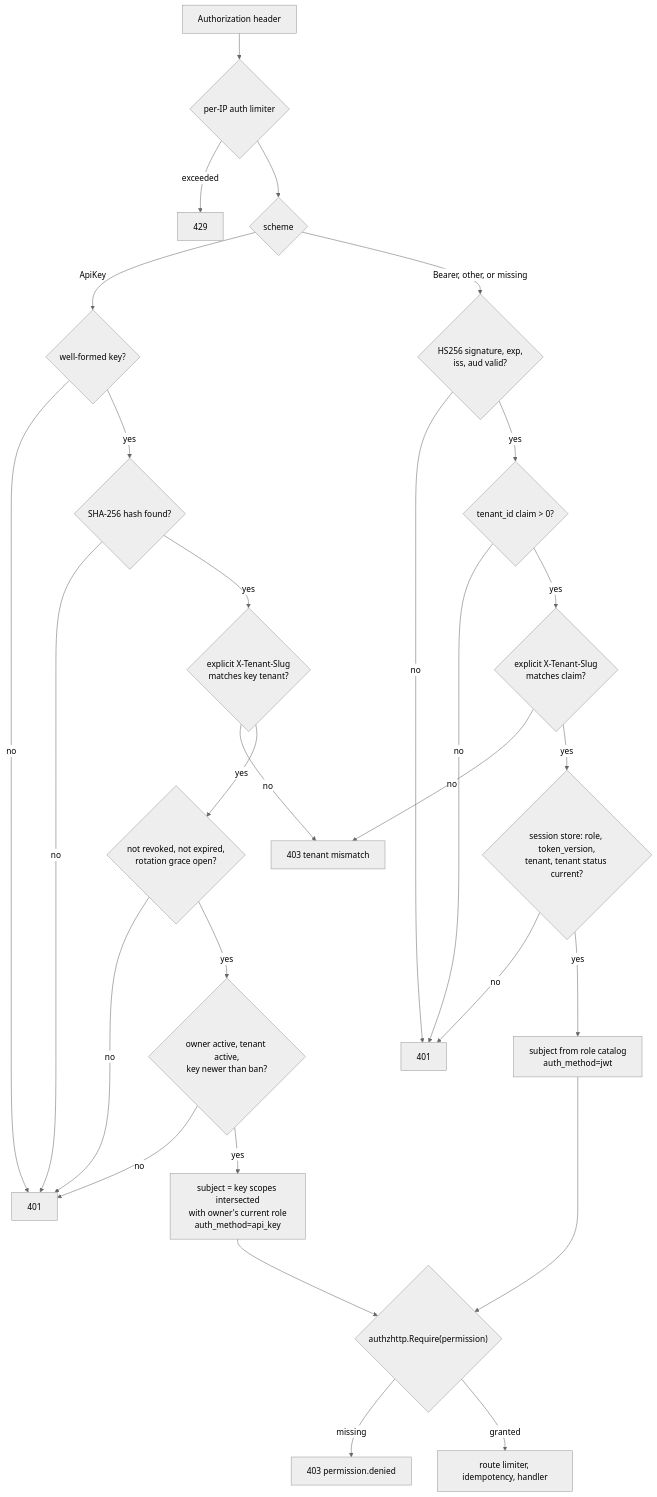
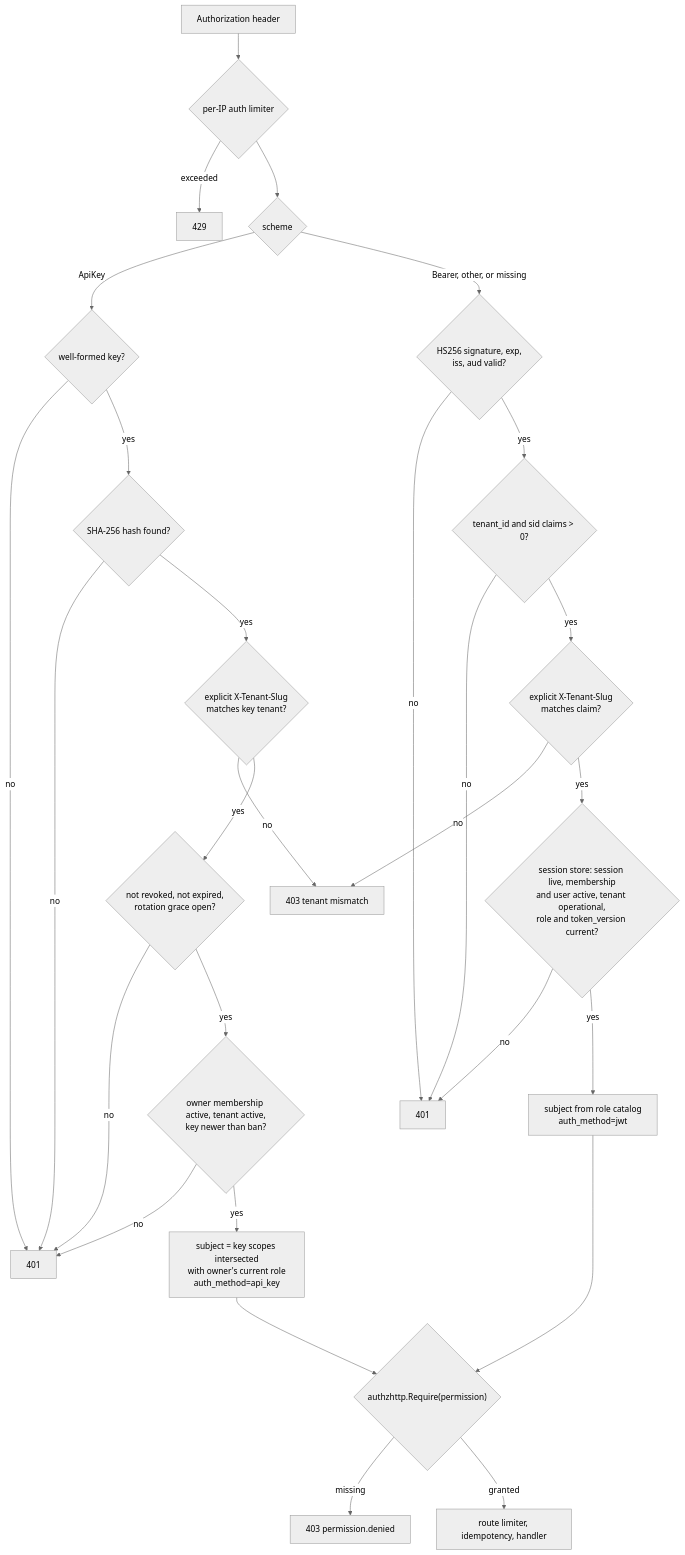
The third of 3 diagrams in docs/api-design.md (chuanghiduoc/fiber-golang-boilerplate), drawn with Mermaid (neutral theme) before and after one commit. The commit also changed other lines of this file and 161 other files, not shown here.

````diff
--- a/docs/api-design.md
+++ b/docs/api-design.md
@@ -179,30 +182,30 @@
 ```mermaid
 flowchart TD
     req["Authorization header"] --> lim{"per-IP auth limiter"}
     lim -->|exceeded| r429["429"]
     lim --> scheme{"scheme"}
     scheme -->|ApiKey| fmt{"well-formed key?"}
     scheme -->|"Bearer, other, or missing"| jwt{"HS256 signature, exp,<br/>iss, aud valid?"}
     fmt -->|no| r401a["401"]
     fmt -->|yes| hash{"SHA-256 hash found?"}
     hash -->|no| r401a
     hash -->|yes| khdr{"explicit X-Tenant-Slug<br/>matches key tenant?"}
     khdr -->|no| r403["403 tenant mismatch"]
     khdr -->|yes| kstate{"not revoked, not expired,<br/>rotation grace open?"}
     kstate -->|no| r401a
-    kstate -->|yes| owner{"owner active, tenant active,<br/>key newer than ban?"}
+    kstate -->|yes| owner{"owner membership active, tenant active,<br/>key newer than ban?"}
     owner -->|no| r401a
     owner -->|yes| ksub["subject = key scopes intersected<br/>with owner's current role<br/>auth_method=api_key"]
     jwt -->|no| r401b["401"]
-    jwt -->|yes| claim{"tenant_id claim > 0?"}
+    jwt -->|yes| claim{"tenant_id and sid claims > 0?"}
     claim -->|no| r401b
     claim -->|yes| jhdr{"explicit X-Tenant-Slug<br/>matches claim?"}
     jhdr -->|no| r403
-    jhdr -->|yes| sess{"session store: role, token_version,<br/>tenant, tenant status current?"}
+    jhdr -->|yes| sess{"session store: session live, membership<br/>and user active, tenant operational,<br/>role and token_version current?"}
     sess -->|no| r401b
     sess -->|yes| jsub["subject from role catalog<br/>auth_method=jwt"]
     ksub --> authz{"authzhttp.Require(permission)"}
     jsub --> authz
     authz -->|missing| d403["403 permission.denied"]
     authz -->|granted| next["route limiter, idempotency, handler"]
 ```
````
